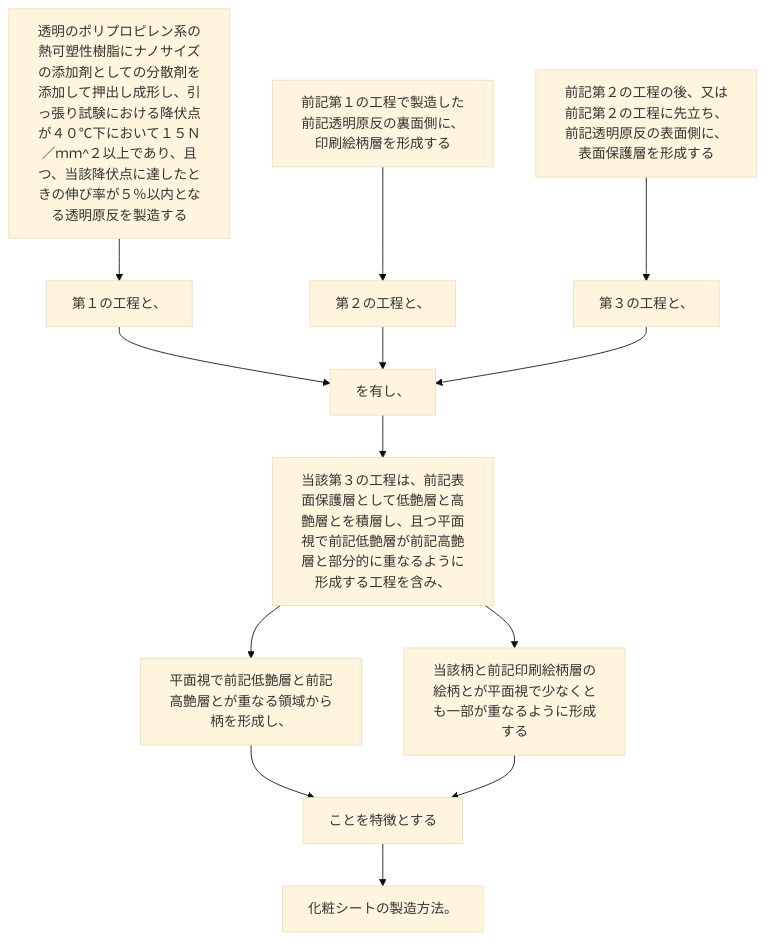
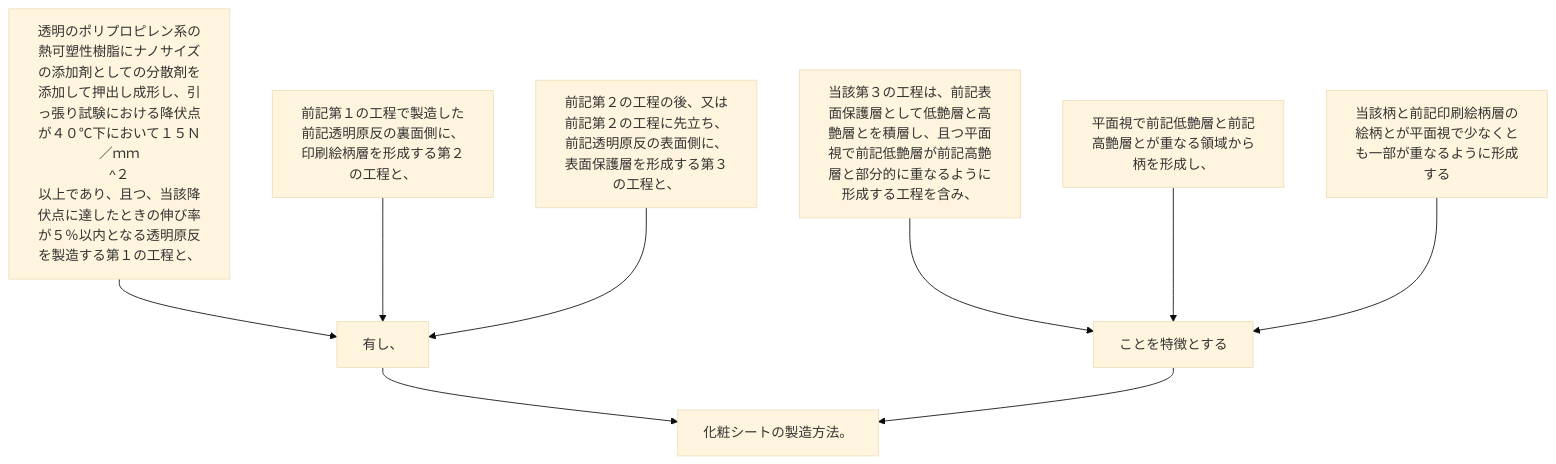
The diagram in 2024/JP2024006643A/claim_9/README.md (shinmori55/patent_analyzed), drawn with Mermaid (base theme) before and after one commit. The commit also changed 336 other files, not shown here.

````diff
--- a/2024/JP2024006643A/claim_9/README.md
+++ b/2024/JP2024006643A/claim_9/README.md
@@ -7,33 +7,22 @@
 ```mermaid
 flowchart TD
-A[透明のポリプロピレン系の熱可塑性樹脂にナノサイズの添加剤としての分散剤を添加して押出し成形し、引っ張り試験における降伏点が４０℃下において１５Ｎ／ｍｍ^２以上であり、且つ、当該降伏点に達したときの伸び率が５％以内となる透明原反を製造する]
-B[第１の工程と、]
-C[前記第１の工程で製造した前記透明原反の裏面側に、印刷絵柄層を形成する]
-D[第２の工程と、]
-E[前記第２の工程の後、又は前記第２の工程に先立ち、前記透明原反の表面側に、表面保護層を形成する]
-F[第３の工程と、]
-G[を有し、]
-H[当該第３の工程は、前記表面保護層として低艶層と高艶層とを積層し、且つ平面視で前記低艶層が前記高艶層と部分的に重なるように形成する工程を含み、]
-I[平面視で前記低艶層と前記高艶層とが重なる領域から柄を形成し、]
-J[当該柄と前記印刷絵柄層の絵柄とが平面視で少なくとも一部が重なるように形成する]
-K[ことを特徴とする]
-L[化粧シートの製造方法。]
-
-A --> B
+A[透明のポリプロピレン系の熱可塑性樹脂にナノサイズの添加剤としての分散剤を添加して押出し成形し、引っ張り試験における降伏点が４０℃下において１５Ｎ／ｍｍ
+^２
+以上であり、且つ、当該降伏点に達したときの伸び率が５％以内となる透明原反を製造する第１の工程と、]
+B[前記第１の工程で製造した前記透明原反の裏面側に、印刷絵柄層を形成する第２の工程と、]
+C[前記第２の工程の後、又は前記第２の工程に先立ち、前記透明原反の表面側に、表面保護層を形成する第３の工程と、]
+D[有し、]
+E[当該第３の工程は、前記表面保護層として低艶層と高艶層とを積層し、且つ平面視で前記低艶層が前記高艶層と部分的に重なるように形成する工程を含み、]
+F[平面視で前記低艶層と前記高艶層とが重なる領域から柄を形成し、]
+G[当該柄と前記印刷絵柄層の絵柄とが平面視で少なくとも一部が重なるように形成する]
+H[ことを特徴とする]
+I[化粧シートの製造方法。]
+A --> D
+B --> D
 C --> D
-E --> F
-
-B --> G
-D --> G
-F --> G
-
+D --> I
+E --> H
+F --> H
 G --> H
-
 H --> I
-H --> J
-
-I --> K
-J --> K
-
-K --> L
 ```
````
